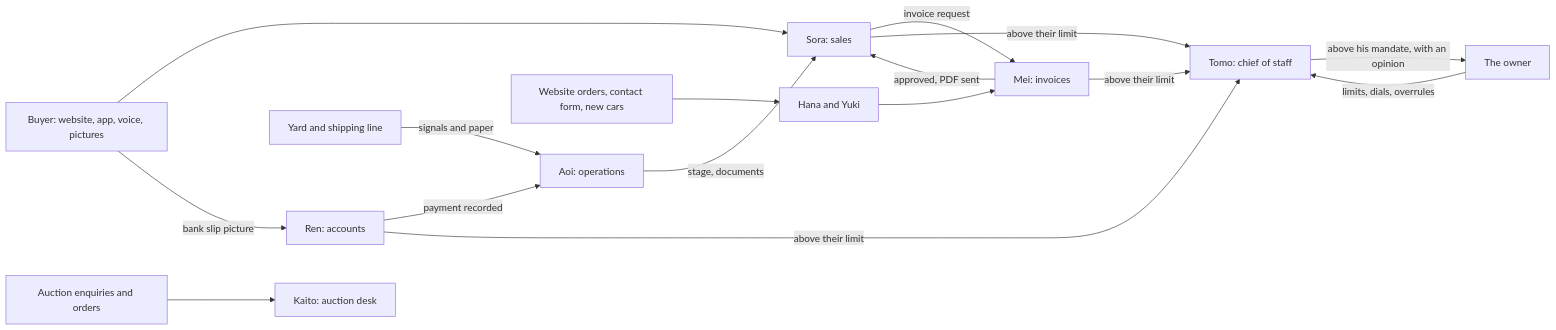
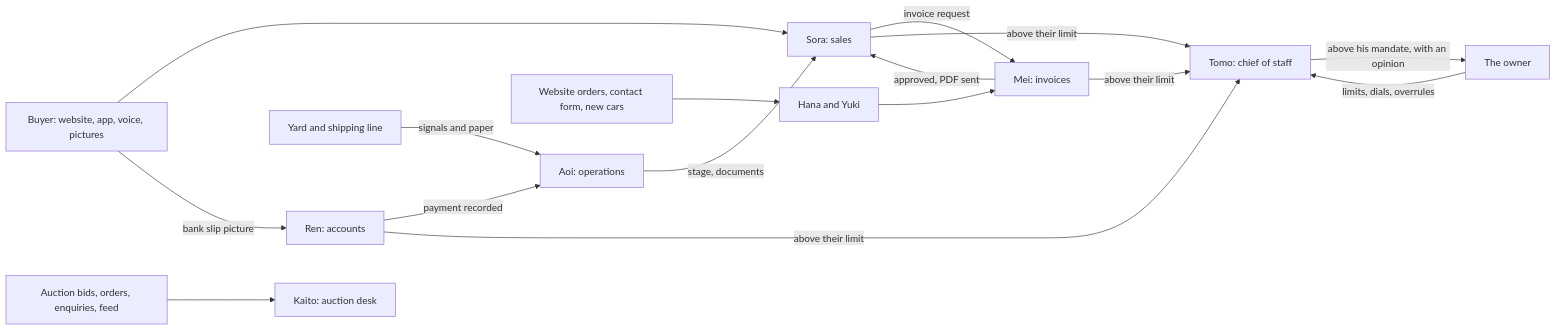
Before and after one commit to my5757980/meta-global-hackathone: the diagram in README.md, drawn with Mermaid. The commit also changed other lines of this file and 49 other files, not shown here.

````diff
--- a/README.md
+++ b/README.md
@@ -76,16 +77,16 @@
 ```mermaid
 flowchart LR
     B[Buyer: website, app, voice, pictures] --> S[Sora: sales]
     S -->|invoice request| M[Mei: invoices]
     M -->|approved, PDF sent| S
     B -->|bank slip picture| R[Ren: accounts]
     R -->|payment recorded| O[Aoi: operations]
     Y[Yard and shipping line] -->|signals and paper| O
     O -->|stage, documents| S
     W[Website orders, contact form, new cars] --> H[Hana and Yuki]
     H --> M
-    A[Auction enquiries and orders] --> K[Kaito: auction desk]
+    A[Auction bids, orders, enquiries, feed] --> K[Kaito: auction desk]
     M & R & S -->|above their limit| T[Tomo: chief of staff]
     T -->|above his mandate, with an opinion| OW[The owner]
     OW -->|limits, dials, overrules| T
 ```
````
